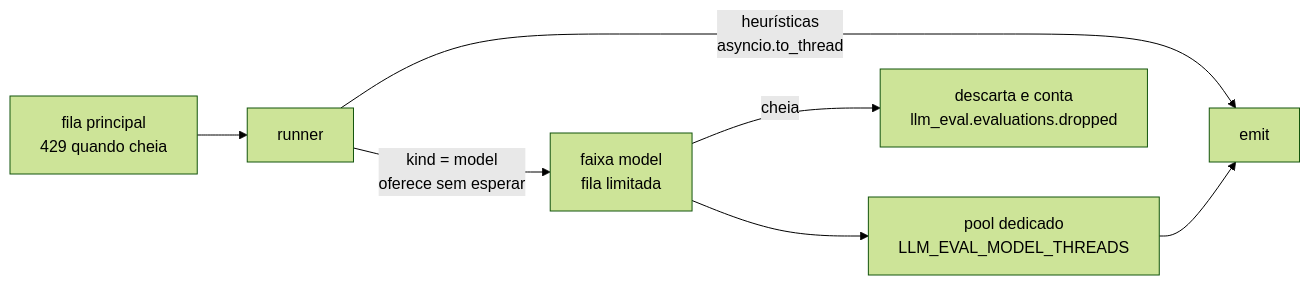
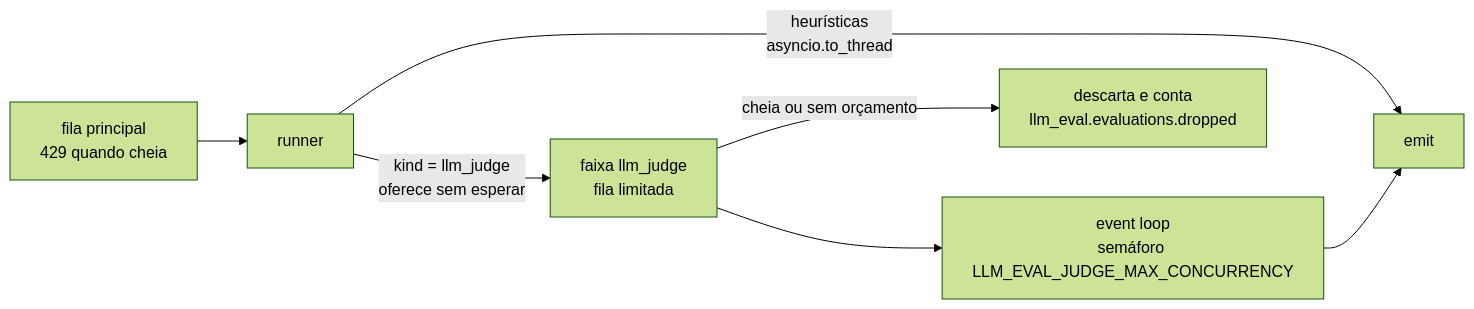
One commit to jansouza/llm-eval-otel changed the diagram in docs/plans/eval-v0-3-plan.md. Above: the diagram before and after it, drawn with Mermaid (forest theme). The commit also changed other lines of this file and 58 other files, not shown here.

````diff
--- a/docs/plans/eval-v0-3-plan.md
+++ b/docs/plans/eval-v0-3-plan.md
@@ -38,8 +41,8 @@
 ```mermaid
 flowchart LR
     q["fila principal<br/>429 quando cheia"] --> r["runner"]
     r -- "heurísticas<br/>asyncio.to_thread" --> s["emit"]
-    r -- "kind = model<br/>oferece sem esperar" --> l["faixa model<br/>fila limitada"]
-    l -- "cheia" --> d["descarta e conta<br/>llm_eval.evaluations.dropped"]
-    l --> p["pool dedicado<br/>LLM_EVAL_MODEL_THREADS"] --> s
+    r -- "kind = llm_judge<br/>oferece sem esperar" --> l["faixa llm_judge<br/>fila limitada"]
+    l -- "cheia ou sem orçamento" --> d["descarta e conta<br/>llm_eval.evaluations.dropped"]
+    l --> p["event loop<br/>semáforo LLM_EVAL_JUDGE_MAX_CONCURRENCY"] --> s
 ```
````
